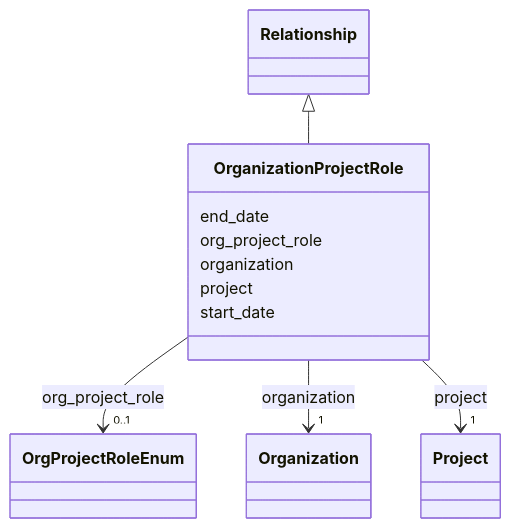
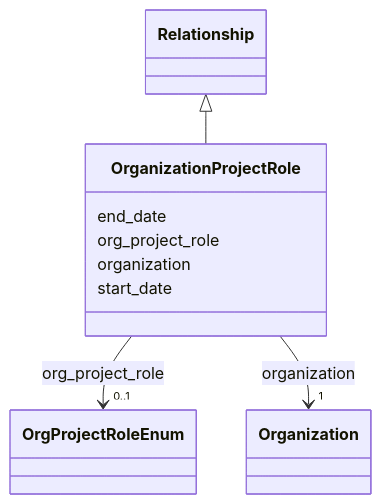
The diagram in docs/classes/OrganizationProjectRole.md (DARIAH-IL/idhi-manifests), drawn with Mermaid before and after one commit. The commit also changed other lines of this file and 68 other files, not shown here.

````diff
--- a/docs/classes/OrganizationProjectRole.md
+++ b/docs/classes/OrganizationProjectRole.md
@@ -22,54 +22,41 @@
 ```mermaid
  classDiagram
     class OrganizationProjectRole
       Relationship <|-- OrganizationProjectRole
         click Relationship href "../../classes/Relationship/"
       
 
       
 
       OrganizationProjectRole : end_date
         
       OrganizationProjectRole : org_project_role
         
           
     
         
         
         OrganizationProjectRole --> "0..1" OrgProjectRoleEnum : org_project_role
         
         click OrgProjectRoleEnum href "../../enums/OrgProjectRoleEnum/"
         
     
 
         
       OrganizationProjectRole : organization
         
           
     
         
         
         OrganizationProjectRole --> "1" Organization : organization
         
         click Organization href "../../classes/Organization/"
         
     
 
         
-      OrganizationProjectRole : project
-        
-          
-    
-        
-        
-        OrganizationProjectRole --> "1" Project : project
-        
-        click Project href "../../classes/Project/"
-        
-    
-
-        
       OrganizationProjectRole : start_date
         
       
 ```
````
